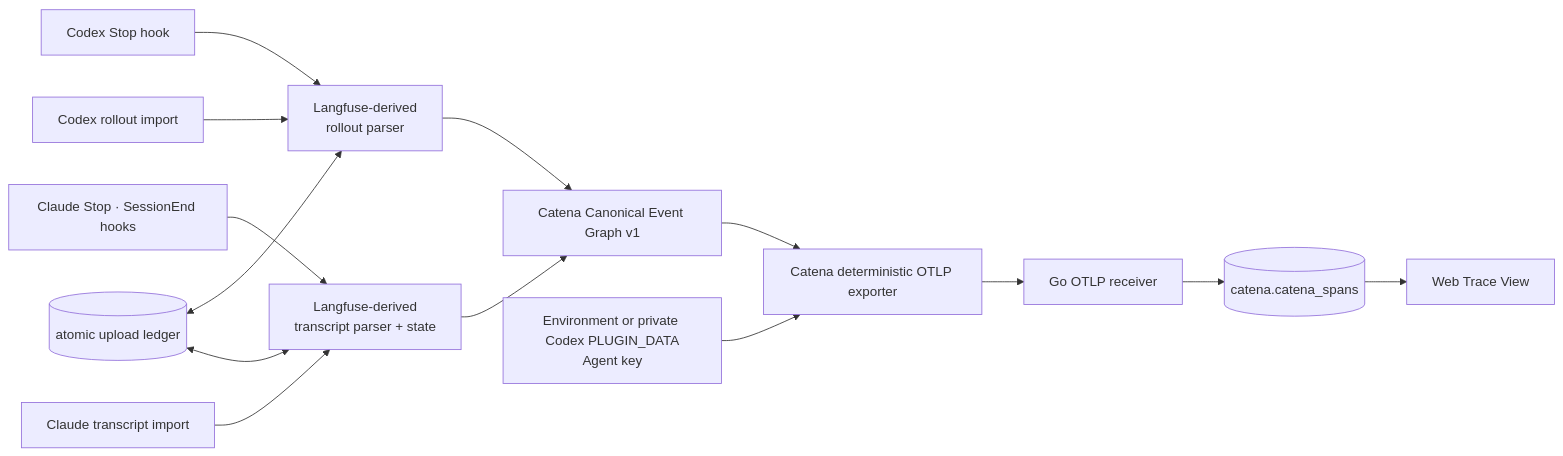
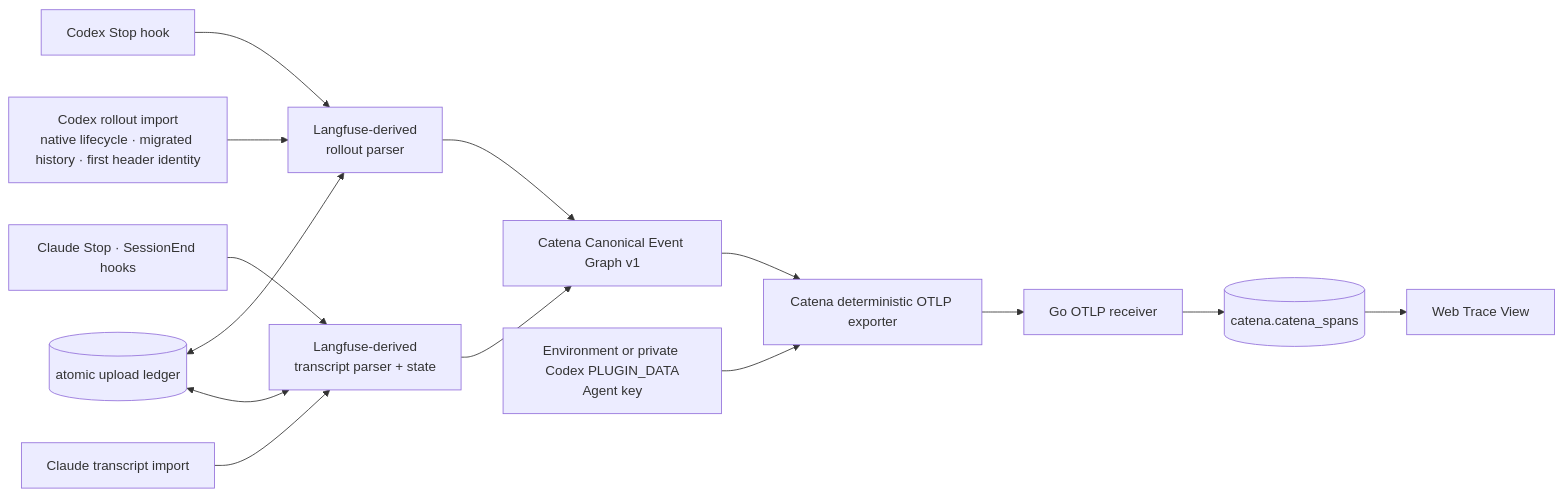
The first of 2 diagrams in tap/SPEC.md (fightheyyy/CATENA), drawn with Mermaid before and after one commit. The commit also changed other lines of this file and 8 other files, not shown here.

Commit message:
Update Codex tap parser and migration fixture

````diff
--- a/tap/SPEC.md
+++ b/tap/SPEC.md
@@ -32,16 +33,16 @@
 ```mermaid
 flowchart LR
     CodexLive["Codex Stop hook"] --> CodexParser["Langfuse-derived<br/>rollout parser"]
-    CodexHistory["Codex rollout import"] --> CodexParser
+    CodexHistory["Codex rollout import<br/>native lifecycle · migrated history · first header identity"] --> CodexParser
     ClaudeLive["Claude Stop · SessionEnd hooks"] --> ClaudeParser["Langfuse-derived<br/>transcript parser + state"]
     ClaudeHistory["Claude transcript import"] --> ClaudeParser
     CodexParser --> Graph["Catena Canonical Event Graph v1"]
     ClaudeParser --> Graph
     Graph --> Exporter["Catena deterministic OTLP exporter"]
     Credential["Environment or private Codex PLUGIN_DATA<br/>Agent key"] --> Exporter
     Exporter --> Receiver["Go OTLP receiver"]
     Receiver --> ClickHouse[("catena.catena_spans")]
     ClickHouse --> Web["Web Trace View"]
     Ledger[("atomic upload ledger")] <--> CodexParser
     Ledger <--> ClaudeParser
 ```
````
